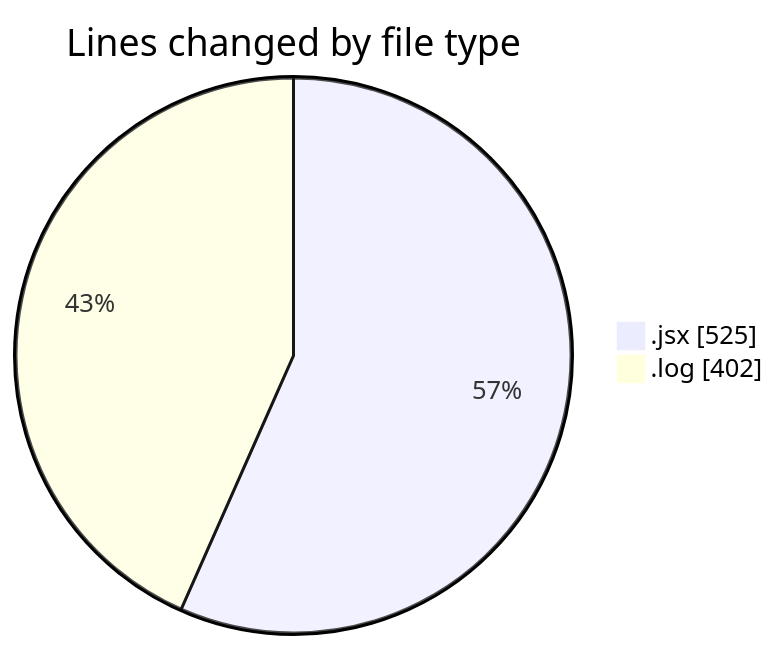
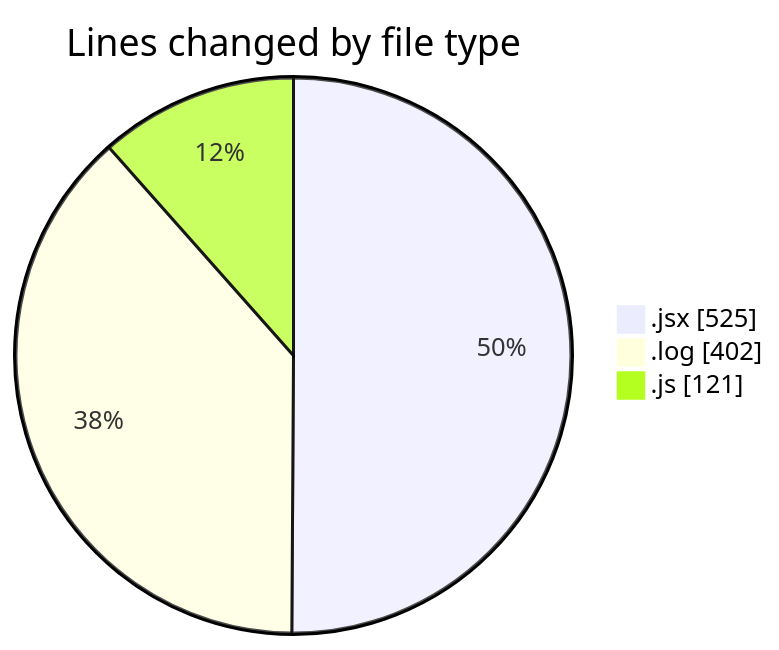
One commit to nxtqubesakshisongat/code-tracking changed the first of 2 diagrams in 2025-05-02/nxtqube_webapp/README.md. Above: the diagram before and after it, drawn with Mermaid. The commit also changed other lines of this file and 1 other file, not shown here.

````diff
--- a/2025-05-02/nxtqube_webapp/README.md
+++ b/2025-05-02/nxtqube_webapp/README.md
@@ -22,6 +23,7 @@
 ```mermaid
 pie showData
 title Lines changed by file type
 ".jsx" : 525
 ".log" : 402
+".js" : 121
 ```
````
